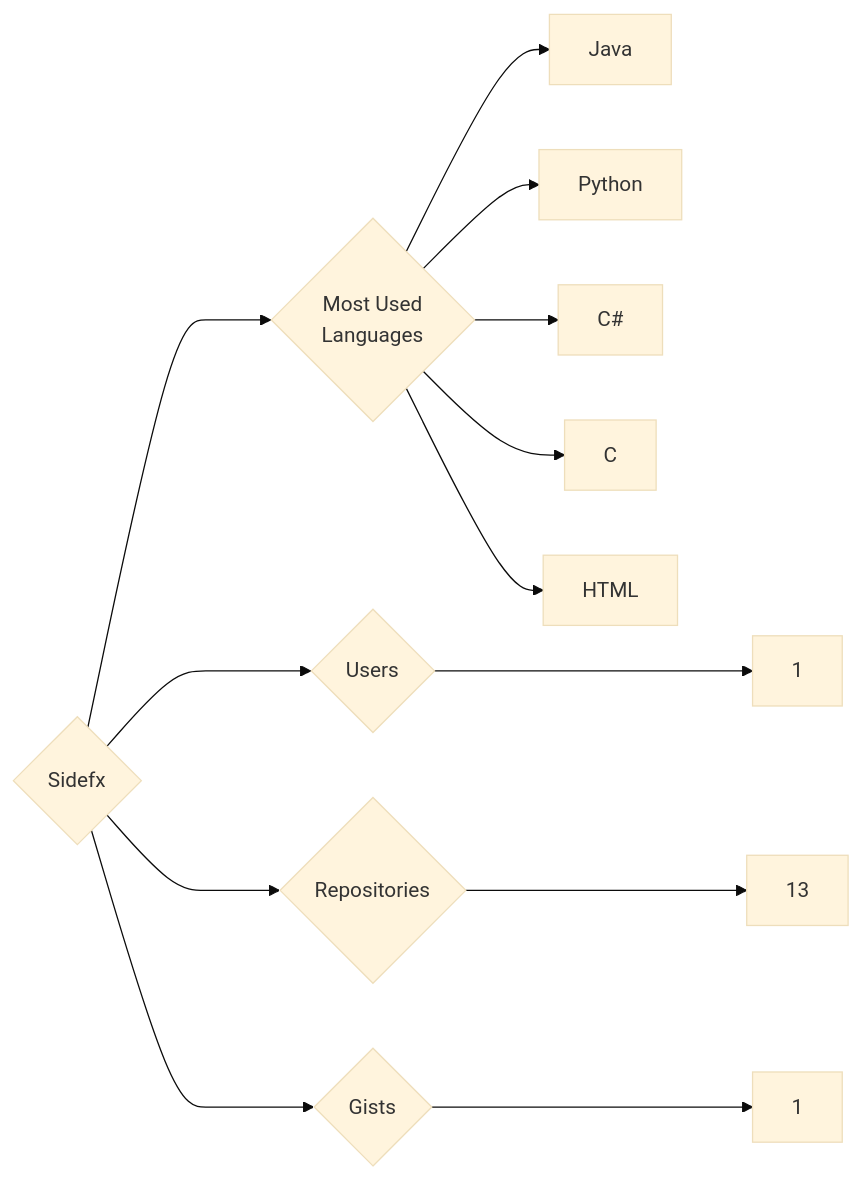
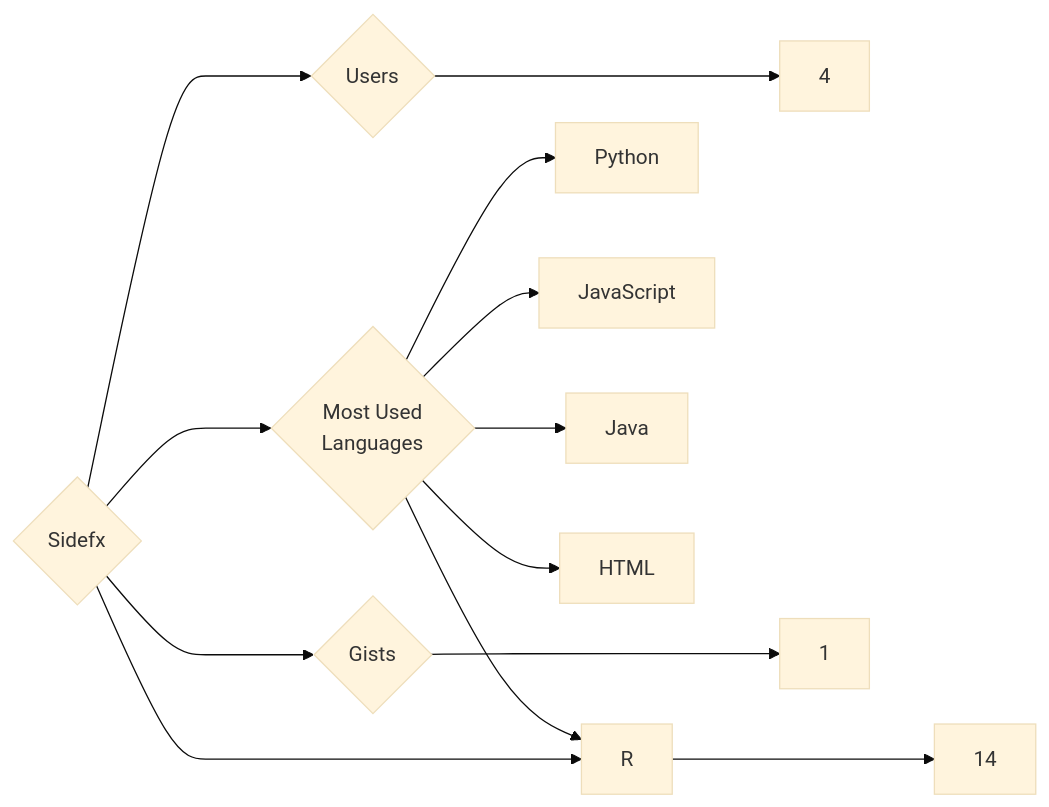
Before and after one commit to trickest/insiders: the diagram in targets/Sidefx/README.md, drawn with Mermaid (base theme). The commit also changed 748 other files, not shown here.

````diff
--- a/targets/Sidefx/README.md
+++ b/targets/Sidefx/README.md
@@ -3,13 +3,13 @@
 ```mermaid
 graph LR
 COMPANY_NAME{Sidefx}
-COMPANY_NAME ---> U{Users} ---> UN[1]
-COMPANY_NAME ---> R{Repositories} ---> RN[13]
+COMPANY_NAME ---> U{Users} ---> UN[4]
+COMPANY_NAME ---> R{Repositories} ---> RN[14]
 COMPANY_NAME ---> G{Gists} ---> GN[1]
 COMPANY_NAME ---> ML{Most Used<br>Languages}
+ML --> Python[Python]
+ML --> JavaScript[JavaScript]
 ML --> Java[Java]
-ML --> Python[Python]
-ML --> C#[C#]
-ML --> C[C]
 ML --> HTML[HTML]
+ML --> R[R]
 ```
````
